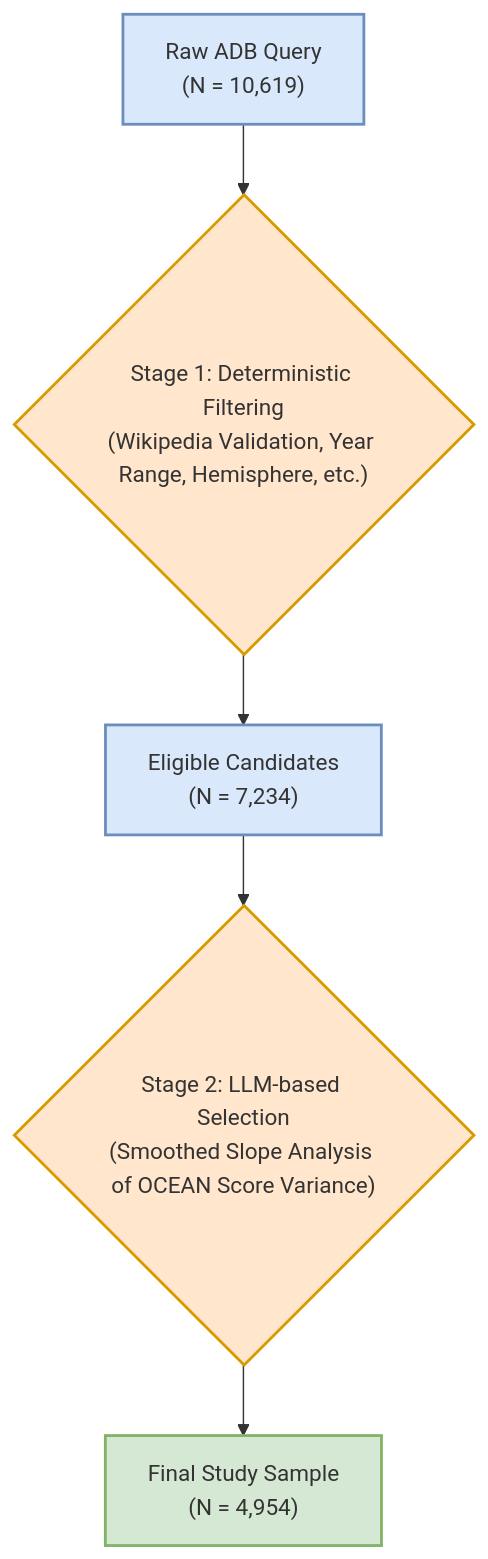
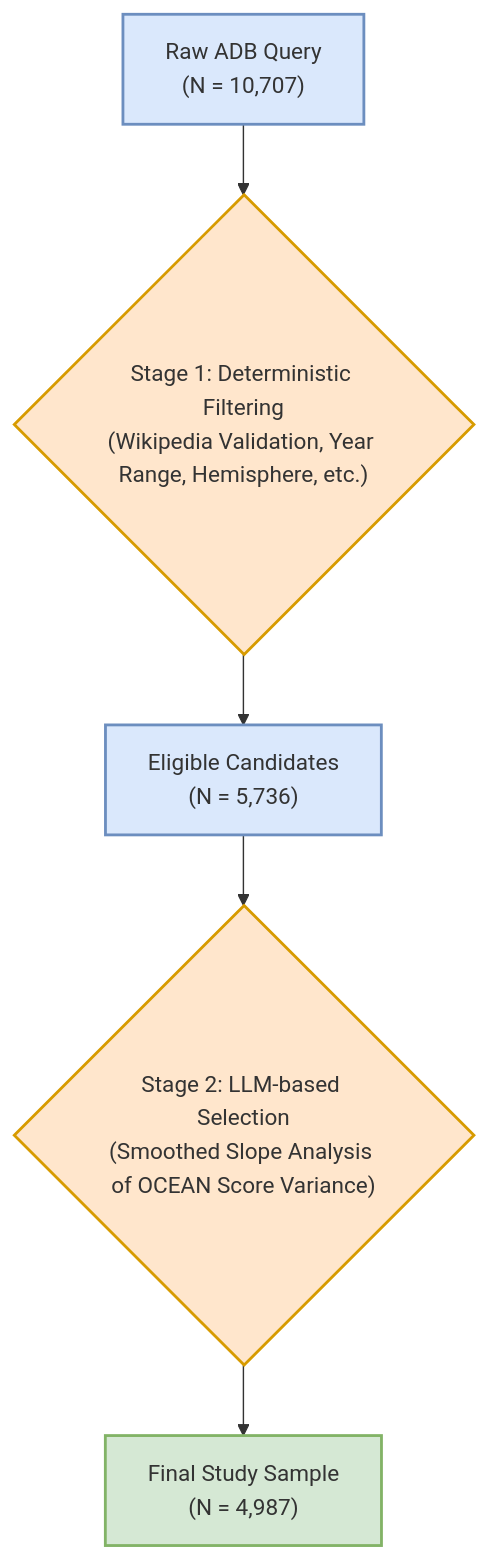
Before and after one commit to peterjmarko/llm-narrative-framework: the diagram in docs/diagrams/flow_sample_derivation.mmd, drawn with Mermaid. The commit also changed 10 other files, not shown here.

```diff
--- a/docs/diagrams/flow_sample_derivation.mmd
+++ b/docs/diagrams/flow_sample_derivation.mmd
@@ -1,11 +1,11 @@
 graph TD
-    A["Raw ADB Query<br>(N = 10,619)"] --> B{"Stage 1: Deterministic Filtering<br>(Wikipedia Validation, Year Range, Hemisphere, etc.)"};
-    B --> C["Eligible Candidates<br>(N = 7,234)"];
+    A["Raw ADB Query<br>(N = 10,707)"] --> B{"Stage 1: Deterministic Filtering<br>(Wikipedia Validation, Year Range, Hemisphere, etc.)"};
+    B --> C["Eligible Candidates<br>(N = 5,736)"];
     C --> D{"Stage 2: LLM-based Selection<br>(Smoothed Slope Analysis of OCEAN Score Variance)"};
-    D --> E["Final Study Sample<br>(N = 4,954)"];
+    D --> E["Final Study Sample<br>(N = 4,987)"];
 
     style A fill:#DAE8FC,stroke:#6C8EBF,stroke-width:2px
     style C fill:#DAE8FC,stroke:#6C8EBF,stroke-width:2px
     style E fill:#D5E8D4,stroke:#82B366,stroke-width:2px
     style B fill:#FFE6CC,stroke:#D79B00,stroke-width:2px
     style D fill:#FFE6CC,stroke:#D79B00,stroke-width:2px
```
